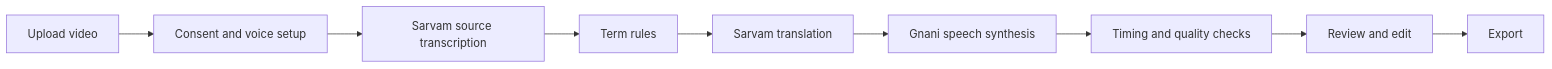
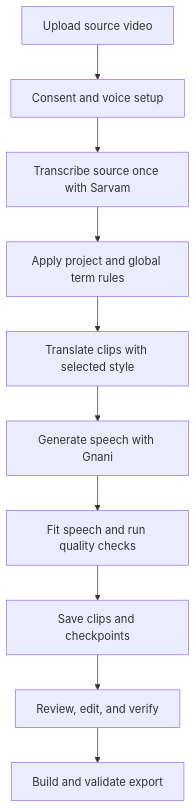
The second of 2 diagrams in README.md (Aarti-panchal01/anek), drawn with Mermaid before and after one commit. The commit also changed other lines of this file, not shown here.

Commit message:
Simplify README configuration and diagrams

````diff
--- a/README.md
+++ b/README.md
@@ -24,11 +43,12 @@
 ```mermaid
-flowchart LR
-    A[Upload video] --> B[Consent and voice setup]
-    B --> C[Sarvam source transcription]
-    C --> D[Term rules]
-    D --> E[Sarvam translation]
-    E --> F[Gnani speech synthesis]
-    F --> G[Timing and quality checks]
-    G --> H[Review and edit]
-    H --> I[Export]
+flowchart TD
+    A[Upload source video] --> B[Consent and voice setup]
+    B --> C[Transcribe source once with Sarvam]
+    C --> D[Apply project and global term rules]
+    D --> E[Translate clips with selected style]
+    E --> F[Generate speech with Gnani]
+    F --> G[Fit speech and run quality checks]
+    G --> H[Save clips and checkpoints]
+    H --> I[Review, edit, and verify]
+    I --> J[Build and validate export]
 ```
````
